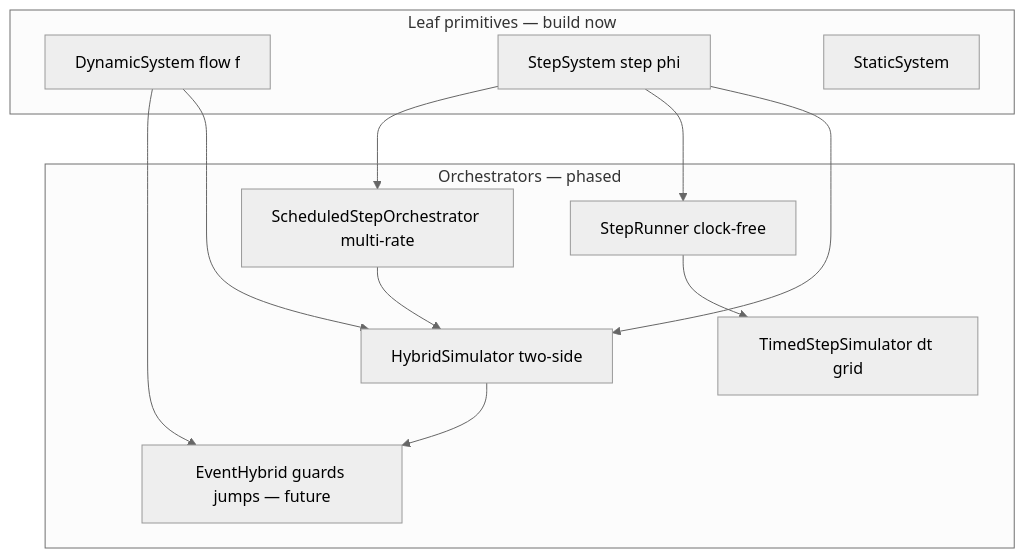
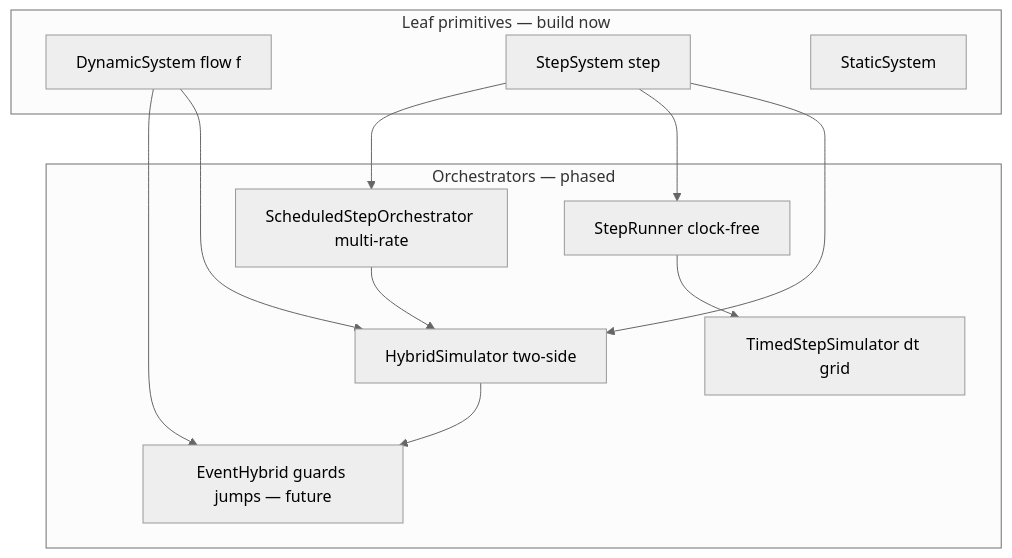
Before and after one commit to alx87grd/minilink: the third of 4 diagrams in docs/plans/hybrid-discrete-simulation.md, drawn with Mermaid (neutral theme). The commit also changed other lines of this file and 8 other files, not shown here.

````diff
--- a/docs/plans/hybrid-discrete-simulation.md
+++ b/docs/plans/hybrid-discrete-simulation.md
@@ -446,23 +470,23 @@
 ```mermaid
 flowchart TB
     subgraph primitives [Leaf primitives — build now]
         DS[DynamicSystem flow f]
-        SS[StepSystem step phi]
+        SS[StepSystem step]
         ST[StaticSystem]
     end
 
     subgraph schedulers [Orchestrators — phased]
         SR[StepRunner clock-free]
         TS[TimedStepSimulator dt grid]
         SO[ScheduledStepOrchestrator multi-rate]
         H1[HybridSimulator two-side]
         H2[EventHybrid guards jumps — future]
     end
 
     DS --> H1
     SS --> H1
     SS --> SR --> TS
     SS --> SO --> H1
     H1 --> H2
     DS --> H2
 ```
````
